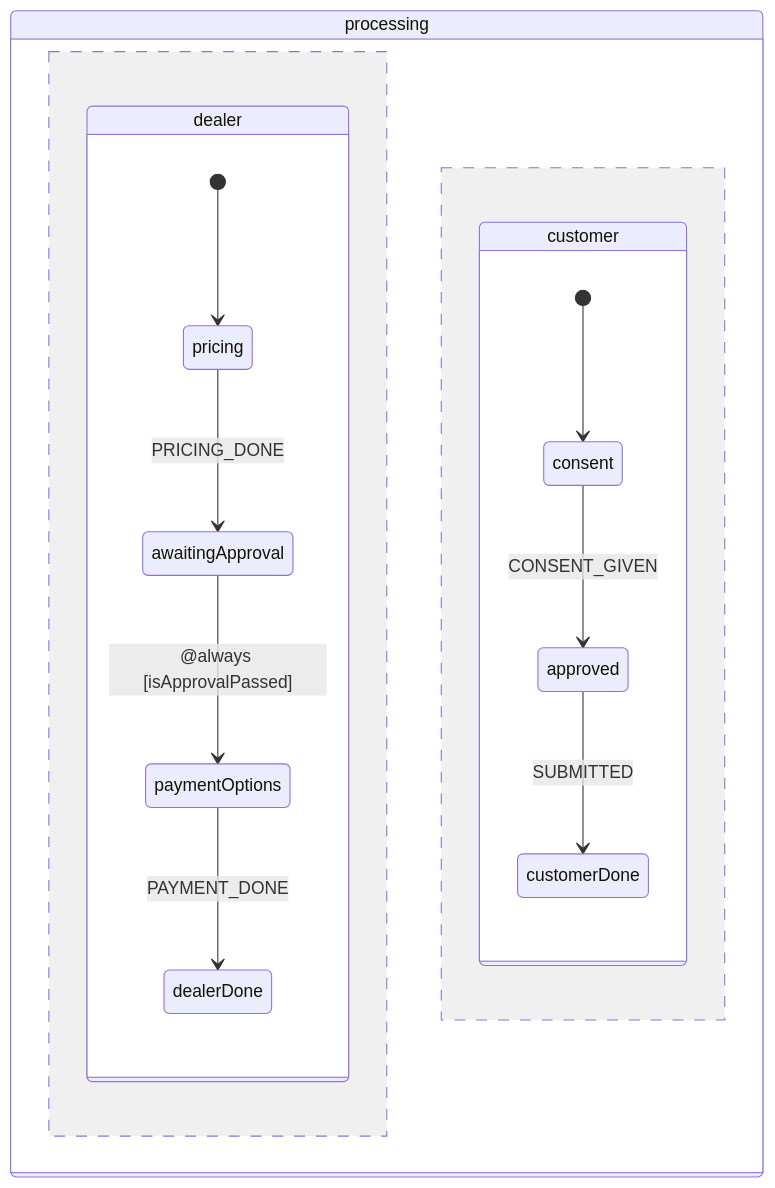
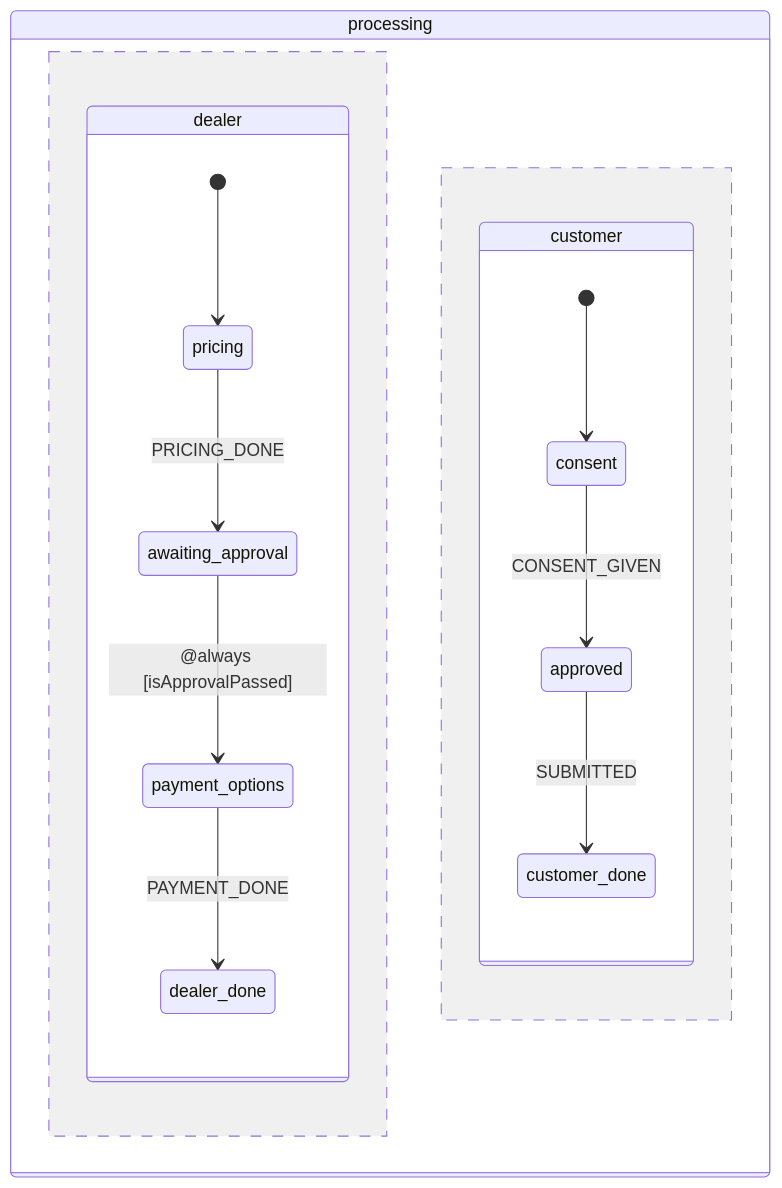
One commit to tarfin-labs/event-machine changed the third of 3 diagrams in docs/advanced/always-transitions.md. Above: the diagram before and after it, drawn with Mermaid. The commit also changed other lines of this file and 6 other files, not shown here.

````diff
--- a/docs/advanced/always-transitions.md
+++ b/docs/advanced/always-transitions.md
@@ -386,17 +386,17 @@
 ```mermaid
 stateDiagram-v2
     state processing {
         state dealer {
             [*] --> pricing
-            pricing --> awaitingApproval : PRICING_DONE
-            awaitingApproval --> paymentOptions : @always [isApprovalPassed]
-            paymentOptions --> dealerDone : PAYMENT_DONE
+            pricing --> awaiting_approval : PRICING_DONE
+            awaiting_approval --> payment_options : @always [isApprovalPassed]
+            payment_options --> dealer_done : PAYMENT_DONE
         }
         --
         state customer {
             [*] --> consent
             consent --> approved : CONSENT_GIVEN
-            approved --> customerDone : SUBMITTED
+            approved --> customer_done : SUBMITTED
         }
     }
 ```
````
